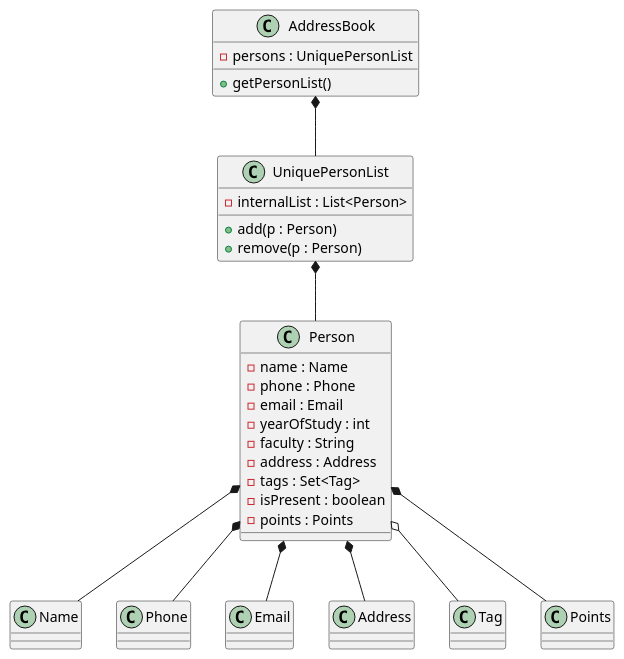
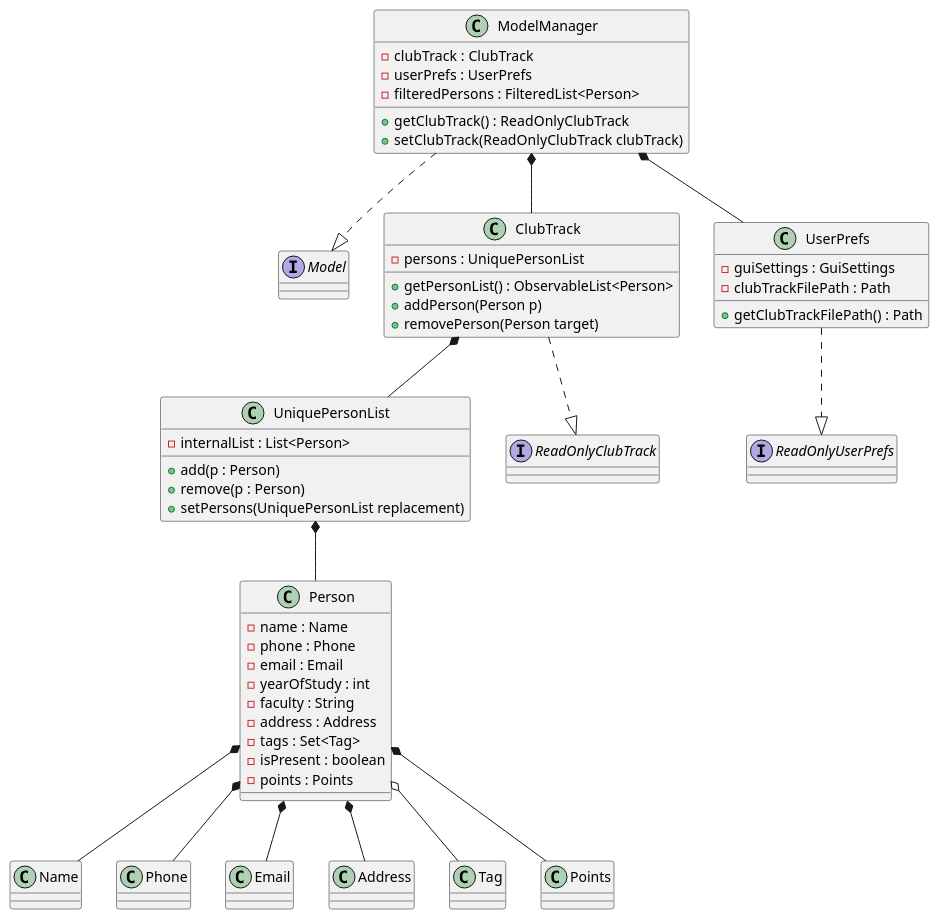
The diagram in docs/diagrams/ModelClassDiagram.puml (javierchuaby/tp), drawn with PlantUML before and after one commit. The commit also changed 44 other files, not shown here.

Commit message:
Fix class diagrams

```diff
--- a/docs/diagrams/ModelClassDiagram.puml
+++ b/docs/diagrams/ModelClassDiagram.puml
@@ -1,44 +1,75 @@
 @startuml
 
 ' ===== Model slice =====
-class AddressBook {
-  - persons : UniquePersonList
-  + getPersonList()
+
+interface Model
+
+class ModelManager {
+- clubTrack : ClubTrack
+- userPrefs : UserPrefs
+- filteredPersons : FilteredList<Person>
++ getClubTrack() : ReadOnlyClubTrack
++ setClubTrack(ReadOnlyClubTrack clubTrack)
+}
+
+class ClubTrack {
+- persons : UniquePersonList
++ getPersonList() : ObservableList<Person>
++ addPerson(Person p)
++ removePerson(Person target)
 }
 
 class UniquePersonList {
-  - internalList : List<Person>
-  + add(p : Person)
-  + remove(p : Person)
+- internalList : List<Person>
++ add(p : Person)
++ remove(p : Person)
++ setPersons(UniquePersonList replacement)
 }
 
 class Person {
-  - name : Name
-  - phone : Phone
-  - email : Email
-  - yearOfStudy : int
-  - faculty : String
-  - address : Address
-  - tags : Set<Tag>
-  - isPresent : boolean
-  - points : Points
+- name : Name
+- phone : Phone
+- email : Email
+- yearOfStudy : int
+- faculty : String
+- address : Address
+- tags : Set<Tag>
+- isPresent : boolean
+- points : Points
+}
+
+class UserPrefs {
+- guiSettings : GuiSettings
+- clubTrackFilePath : Path
++ getClubTrackFilePath() : Path
 }
 
 ' Value objects
 class Name
 class Phone
 class Email
 class Address
 class Tag
 class Points
 
-' Composition
-AddressBook *-- UniquePersonList
+' Interfaces
+interface ReadOnlyClubTrack
+interface ReadOnlyUserPrefs
+
+' Relationships
+ModelManager ..|> Model
+ClubTrack ..|> ReadOnlyClubTrack
+UserPrefs ..|> ReadOnlyUserPrefs
+
+ModelManager *-- ClubTrack
+ModelManager *-- UserPrefs
+ClubTrack *-- UniquePersonList
 UniquePersonList *-- Person
 Person *-- Name
 Person *-- Phone
 Person *-- Email
 Person *-- Address
 Person *-- Points
 Person o-- Tag
+
 @enduml
```
